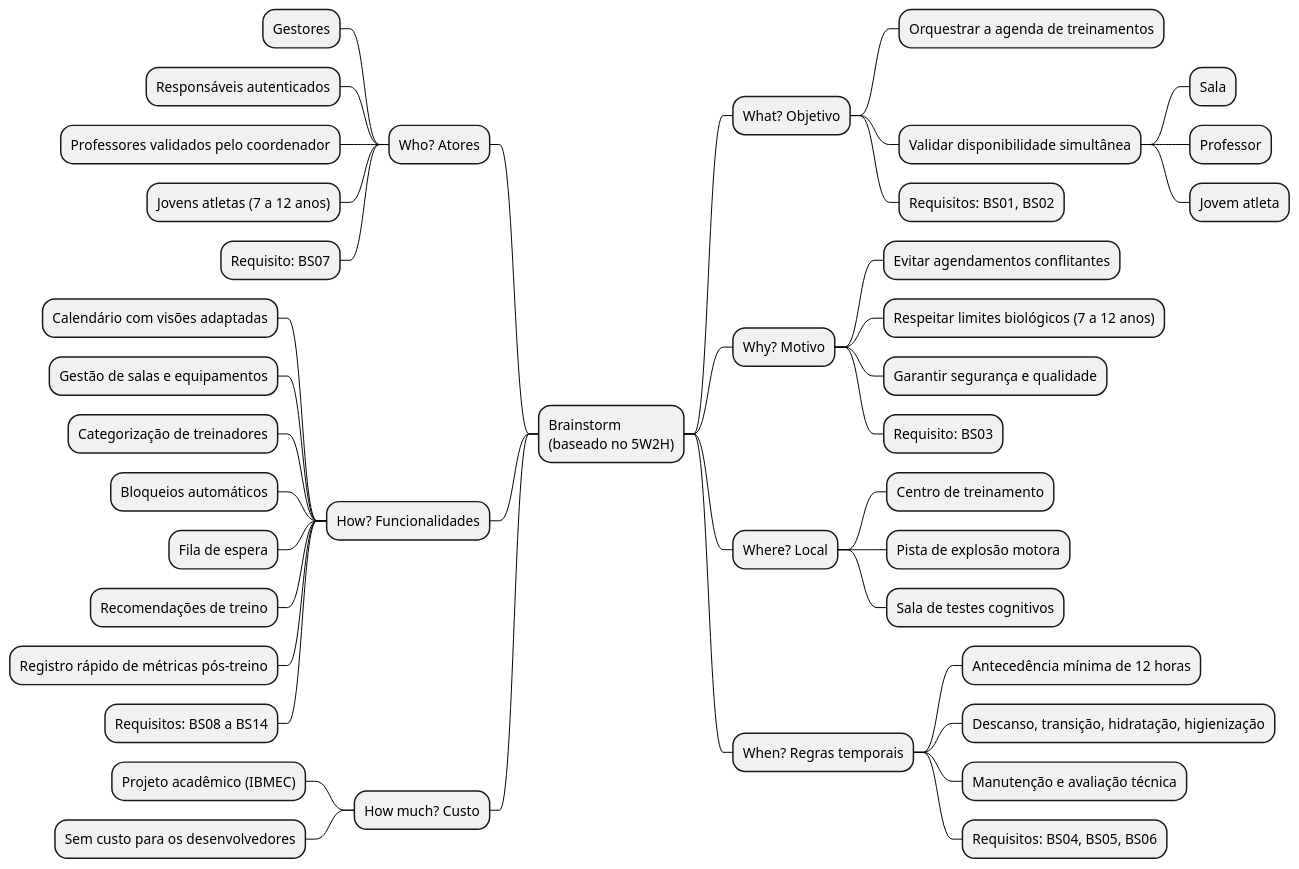
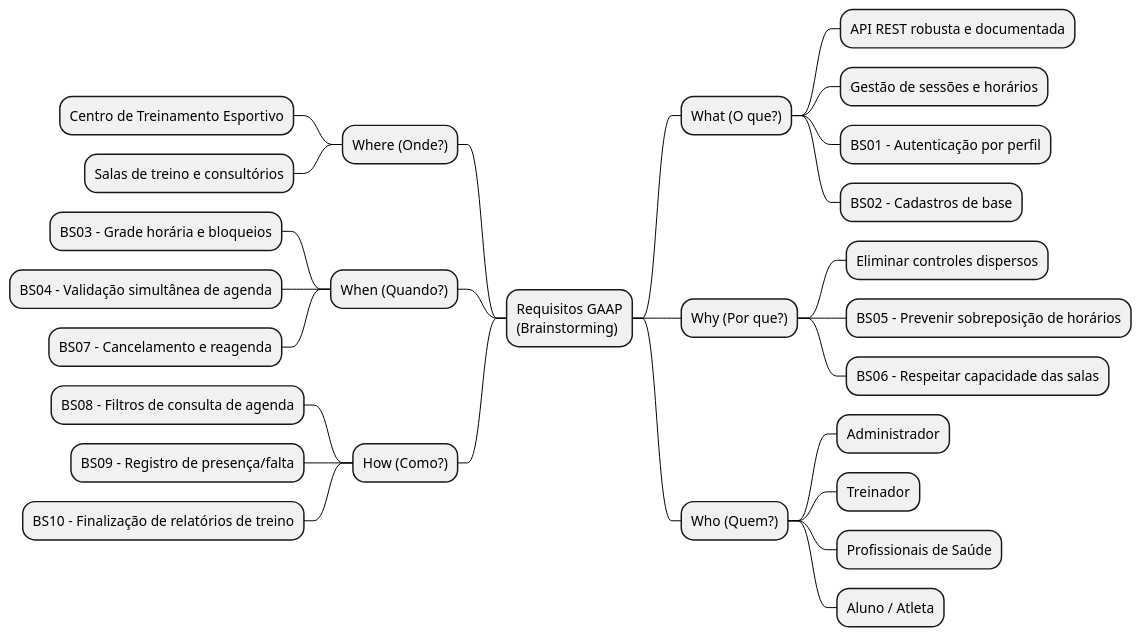
The second of 2 diagrams in docs/assets/Mapas_Mentais/mm.wsd (Projetos-de-Extensao/PBE_26.2_8002_III), drawn with PlantUML before and after one commit. The commit also changed other lines of this file and 3 other files, not shown here.

```diff
--- a/docs/assets/Mapas_Mentais/mm.wsd
+++ b/docs/assets/Mapas_Mentais/mm.wsd
@@ -75,54 +55,39 @@
 @startmindmap Mapa_Mental_Brainstorm
 skinparam monochrome true
 skinparam ArrowColor #000000
 skinparam NodeFontSize 14
 
-* Brainstorm\n(baseado no 5W2H)
-** What? Objetivo
-*** Orquestrar a agenda de treinamentos
-*** Validar disponibilidade simultânea
-    **** Sala
-    **** Professor
-    **** Jovem atleta
-*** Requisitos: BS01, BS02
+* Requisitos GAAP\n(Brainstorming)
+** What (O que?)
+*** API REST robusta e documentada
+*** Gestão de sessões e horários
+*** BS01 - Autenticação por perfil
+*** BS02 - Cadastros de base
 
-** Why? Motivo
-*** Evitar agendamentos conflitantes
-*** Respeitar limites biológicos (7 a 12 anos)
-*** Garantir segurança e qualidade
-*** Requisito: BS03
+** Why (Por que?)
+*** Eliminar controles dispersos
+*** BS05 - Prevenir sobreposição de horários
+*** BS06 - Respeitar capacidade das salas
 
-** Where? Local
-*** Centro de treinamento
-*** Pista de explosão motora
-*** Sala de testes cognitivos
-
-** When? Regras temporais
-*** Antecedência mínima de 12 horas
-*** Descanso, transição, hidratação, higienização
-*** Manutenção e avaliação técnica
-*** Requisitos: BS04, BS05, BS06
+** Who (Quem?)
+*** Administrador
+*** Treinador
+*** Profissionais de Saúde
+*** Aluno / Atleta
 
 left side
 
-** Who? Atores
-*** Gestores
-*** Responsáveis autenticados
-*** Professores validados pelo coordenador
-*** Jovens atletas (7 a 12 anos)
-*** Requisito: BS07
+** Where (Onde?)
+*** Centro de Treinamento Esportivo
+*** Salas de treino e consultórios
 
-** How? Funcionalidades
-*** Calendário com visões adaptadas
-*** Gestão de salas e equipamentos
-*** Categorização de treinadores
-*** Bloqueios automáticos
-*** Fila de espera
-*** Recomendações de treino
-*** Registro rápido de métricas pós-treino
-*** Requisitos: BS08 a BS14
+** When (Quando?)
+*** BS03 - Grade horária e bloqueios
+*** BS04 - Validação simultânea de agenda
+*** BS07 - Cancelamento e reagenda
 
-** How much? Custo
-*** Projeto acadêmico (IBMEC)
-*** Sem custo para os desenvolvedores
+** How (Como?)
+*** BS08 - Filtros de consulta de agenda
+*** BS09 - Registro de presença/falta
+*** BS10 - Finalização de relatórios de treino
 @endmindmap
```
